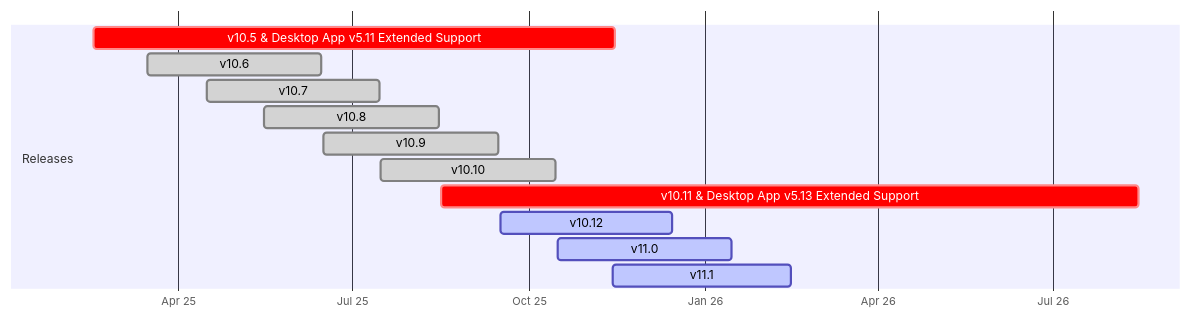
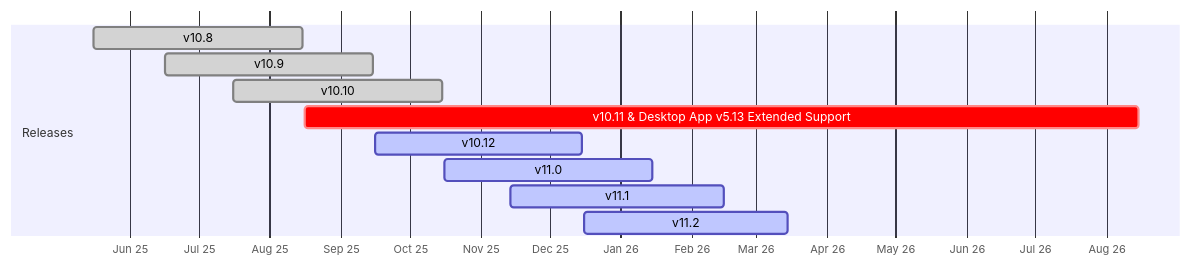
The diagram in source/product-overview/release-policy.md (mattermost/docs), drawn with Mermaid before and after one commit. The commit also changed 5 other files, not shown here.

````diff
--- a/source/product-overview/release-policy.md
+++ b/source/product-overview/release-policy.md
@@ -44,18 +44,16 @@
 ```{mermaid}
 
 gantt
     dateFormat  YYYY-MM-DD
     axisFormat  %b %y
 
     section Releases
-    v10.5 & Desktop App v5.11 Extended Support :crit,    2025-02-16, 2025-11-15
-    v10.6                  :done, 2025-03-16, 2025-06-15
-    v10.7                  :done, 2025-04-16, 2025-07-15
     v10.8                  :done, 2025-05-16, 2025-08-15
     v10.9                  :done, 2025-06-16, 2025-09-15
     v10.10                 :done, 2025-07-16, 2025-10-15
     v10.11 & Desktop App v5.13 Extended Support :crit,    2025-08-16, 2026-08-15
     v10.12                 :active, 2025-09-16, 2025-12-15
     v11.0                  :active, 2025-10-16, 2026-01-15
     v11.1                  :active, 2025-11-14, 2026-02-15
+    v11.2                  :active, 2025-12-16, 2026-03-15
 ```
````
